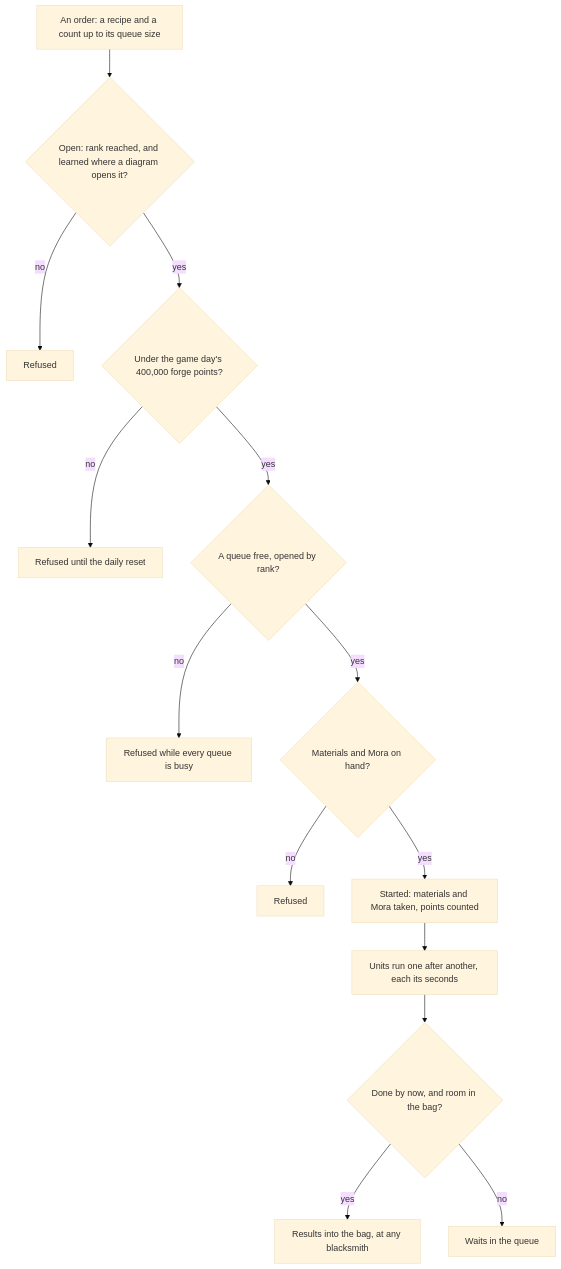
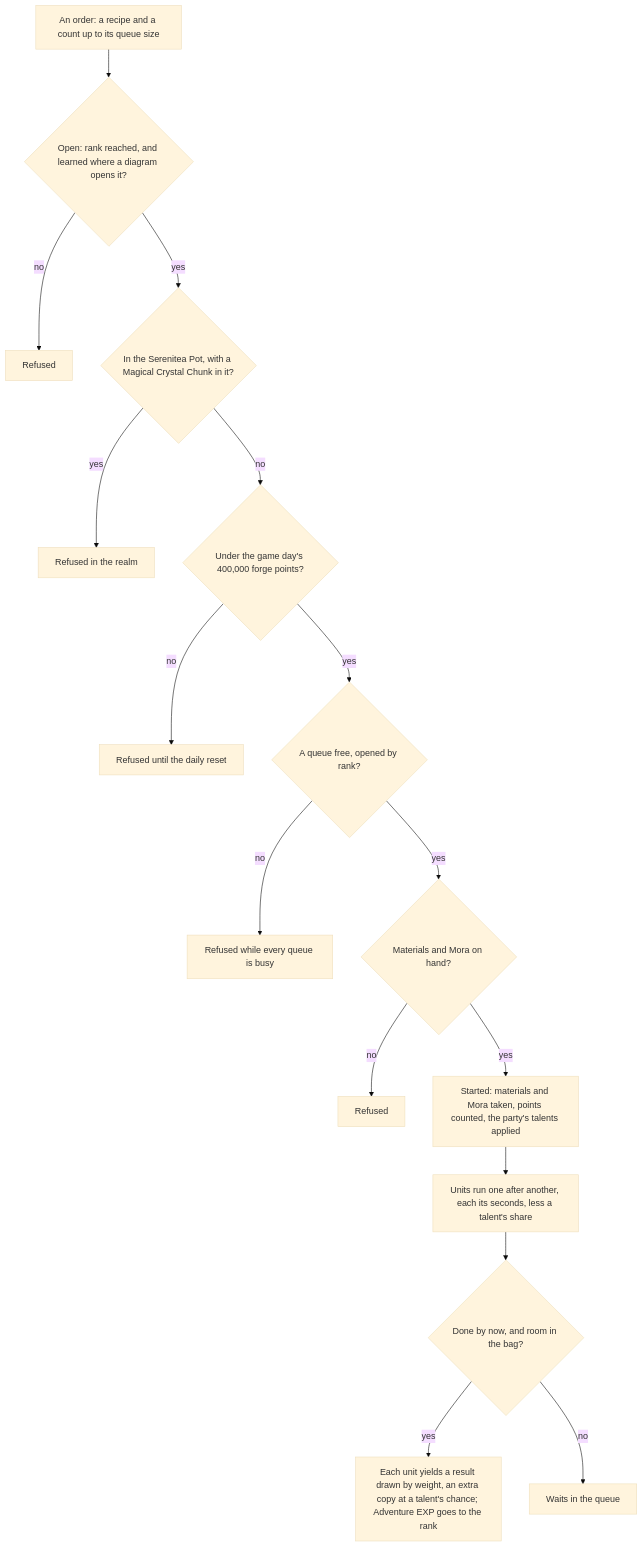
Before and after one commit to Esposter/Esposter: the diagram in apps/web/content/docs/genshin/forging.md, drawn with Mermaid (base theme). The commit also changed other lines of this file and 25 other files, not shown here.

First line of the commit message:
feat(genshin-world): the forging talents of five characters, the Mystic Enhancement Ore drawn from its random table and the Serenitea Pot's refusal are built, the talents read off the proud skill and skill depot tables

````diff
--- a/apps/web/content/docs/genshin/forging.md
+++ b/apps/web/content/docs/genshin/forging.md
@@ -12,16 +12,18 @@
 ```mermaid
 flowchart TD
   O["An order: a recipe and a count up to its queue size"] --> OPEN{"Open: rank reached, and learned where a diagram opens it?"}
   OPEN -->|"no"| R1["Refused"]
-  OPEN -->|"yes"| CAP{"Under the game day's 400,000 forge points?"}
-  CAP -->|"no"| R2["Refused until the daily reset"]
+  OPEN -->|"yes"| REALM{"In the Serenitea Pot, with a Magical Crystal Chunk in it?"}
+  REALM -->|"yes"| R2["Refused in the realm"]
+  REALM -->|"no"| CAP{"Under the game day's 400,000 forge points?"}
+  CAP -->|"no"| R3["Refused until the daily reset"]
   CAP -->|"yes"| Q{"A queue free, opened by rank?"}
-  Q -->|"no"| R3["Refused while every queue is busy"]
+  Q -->|"no"| R4["Refused while every queue is busy"]
   Q -->|"yes"| PAY{"Materials and Mora on hand?"}
-  PAY -->|"no"| R4["Refused"]
-  PAY -->|"yes"| RUN["Started: materials and Mora taken, points counted"]
-  RUN --> U["Units run one after another, each its seconds"]
+  PAY -->|"no"| R5["Refused"]
+  PAY -->|"yes"| RUN["Started: materials and Mora taken, points counted, the party's talents applied"]
+  RUN --> U["Units run one after another, each its seconds, less a talent's share"]
   U --> C{"Done by now, and room in the bag?"}
-  C -->|"yes"| IN["Results into the bag, at any blacksmith"]
+  C -->|"yes"| IN["Each unit yields a result drawn by weight, an extra copy at a talent's chance; Adventure EXP goes to the rank"]
   C -->|"no"| WQ["Waits in the queue"]
 ```
````
